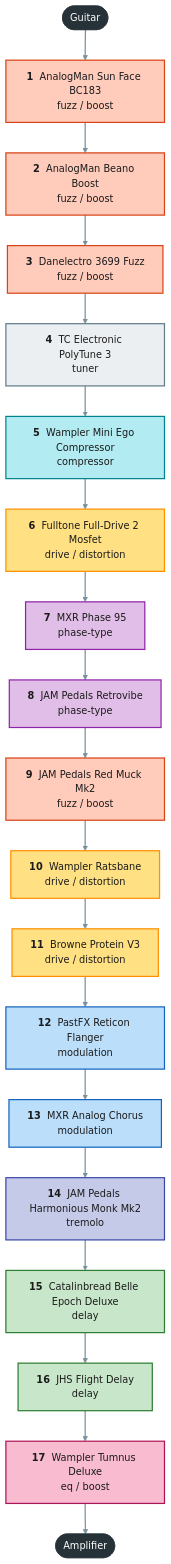
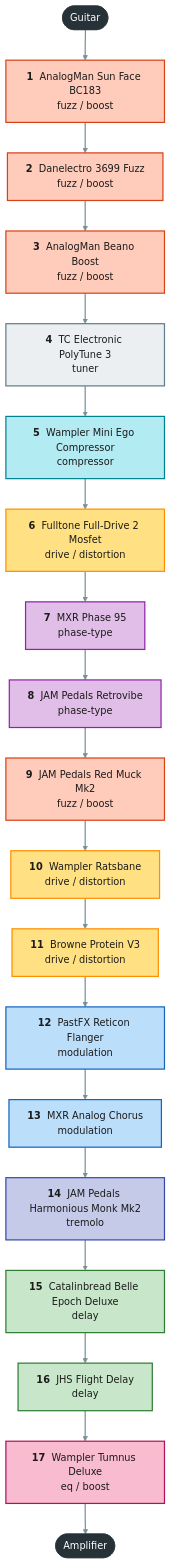
One commit to pedroacvieira/pedalboard changed the first of 2 diagrams in projects/guitar-gig/README.md. Above: the diagram before and after it, drawn with Mermaid. The commit also changed other lines of this file and 5 other files, not shown here.

First line of the commit message:
Move the Danelectro 3699 ahead of the Beano

````diff
--- a/projects/guitar-gig/README.md
+++ b/projects/guitar-gig/README.md
@@ -11,34 +11,34 @@
 ```mermaid
 flowchart TB
     guitar(["Guitar"]):::endpoint
     sun_face["<b>1</b> &nbsp;AnalogMan Sun Face BC183<br/>fuzz / boost"]:::c_fuzz___boost
-    beano["<b>2</b> &nbsp;AnalogMan Beano Boost<br/>fuzz / boost"]:::c_fuzz___boost
-    danelectro_3699["<b>3</b> &nbsp;Danelectro 3699 Fuzz<br/>fuzz / boost"]:::c_fuzz___boost
+    danelectro_3699["<b>2</b> &nbsp;Danelectro 3699 Fuzz<br/>fuzz / boost"]:::c_fuzz___boost
+    beano["<b>3</b> &nbsp;AnalogMan Beano Boost<br/>fuzz / boost"]:::c_fuzz___boost
     polytune_3["<b>4</b> &nbsp;TC Electronic PolyTune 3<br/>tuner"]:::c_tuner
     mini_ego["<b>5</b> &nbsp;Wampler Mini Ego Compressor<br/>compressor"]:::c_compressor
     fulldrive_2["<b>6</b> &nbsp;Fulltone Full-Drive 2 Mosfet<br/>drive / distortion"]:::c_drive___distortion
     phase_95["<b>7</b> &nbsp;MXR Phase 95<br/>phase-type"]:::c_phase_type
     retrovibe["<b>8</b> &nbsp;JAM Pedals Retrovibe<br/>phase-type"]:::c_phase_type
     red_muck["<b>9</b> &nbsp;JAM Pedals Red Muck Mk2<br/>fuzz / boost"]:::c_fuzz___boost
     ratsbane["<b>10</b> &nbsp;Wampler Ratsbane<br/>drive / distortion"]:::c_drive___distortion
     protein["<b>11</b> &nbsp;Browne Protein V3<br/>drive / distortion"]:::c_drive___distortion
     reticon["<b>12</b> &nbsp;PastFX Reticon Flanger<br/>modulation"]:::c_modulation
     analog_chorus["<b>13</b> &nbsp;MXR Analog Chorus<br/>modulation"]:::c_modulation
     monk["<b>14</b> &nbsp;JAM Pedals Harmonious Monk Mk2<br/>tremolo"]:::c_tremolo
     belle_epoch["<b>15</b> &nbsp;Catalinbread Belle Epoch Deluxe<br/>delay"]:::c_delay
     flight_delay["<b>16</b> &nbsp;JHS Flight Delay<br/>delay"]:::c_delay
     tumnus_deluxe["<b>17</b> &nbsp;Wampler Tumnus Deluxe<br/>eq / boost"]:::c_eq___boost
     amp(["Amplifier"]):::endpoint
-    guitar --> sun_face --> beano --> danelectro_3699 --> polytune_3 --> mini_ego --> fulldrive_2 --> phase_95 --> retrovibe --> red_muck --> ratsbane --> protein --> reticon --> analog_chorus --> monk --> belle_epoch --> flight_delay --> tumnus_deluxe --> amp
+    guitar --> sun_face --> danelectro_3699 --> beano --> polytune_3 --> mini_ego --> fulldrive_2 --> phase_95 --> retrovibe --> red_muck --> ratsbane --> protein --> reticon --> analog_chorus --> monk --> belle_epoch --> flight_delay --> tumnus_deluxe --> amp
     classDef endpoint fill:#263238,stroke:#263238,color:#ffffff
     classDef c_tuner fill:#eceff1,stroke:#607d8b,stroke-width:2px,color:#1b1b1b
     classDef c_compressor fill:#b2ebf2,stroke:#00838f,stroke-width:2px,color:#1b1b1b
     classDef c_fuzz___boost fill:#ffccbc,stroke:#d84315,stroke-width:2px,color:#1b1b1b
     classDef c_drive___distortion fill:#ffe082,stroke:#ff8f00,stroke-width:2px,color:#1b1b1b
     classDef c_phase_type fill:#e1bee7,stroke:#8e24aa,stroke-width:2px,color:#1b1b1b
     classDef c_modulation fill:#bbdefb,stroke:#1565c0,stroke-width:2px,color:#1b1b1b
     classDef c_tremolo fill:#c5cae9,stroke:#3949ab,stroke-width:2px,color:#1b1b1b
     classDef c_delay fill:#c8e6c9,stroke:#2e7d32,stroke-width:2px,color:#1b1b1b
     classDef c_eq___boost fill:#f8bbd0,stroke:#ad1457,stroke-width:2px,color:#1b1b1b
     linkStyle default stroke:#78909c,stroke-width:2px
 ```
````
